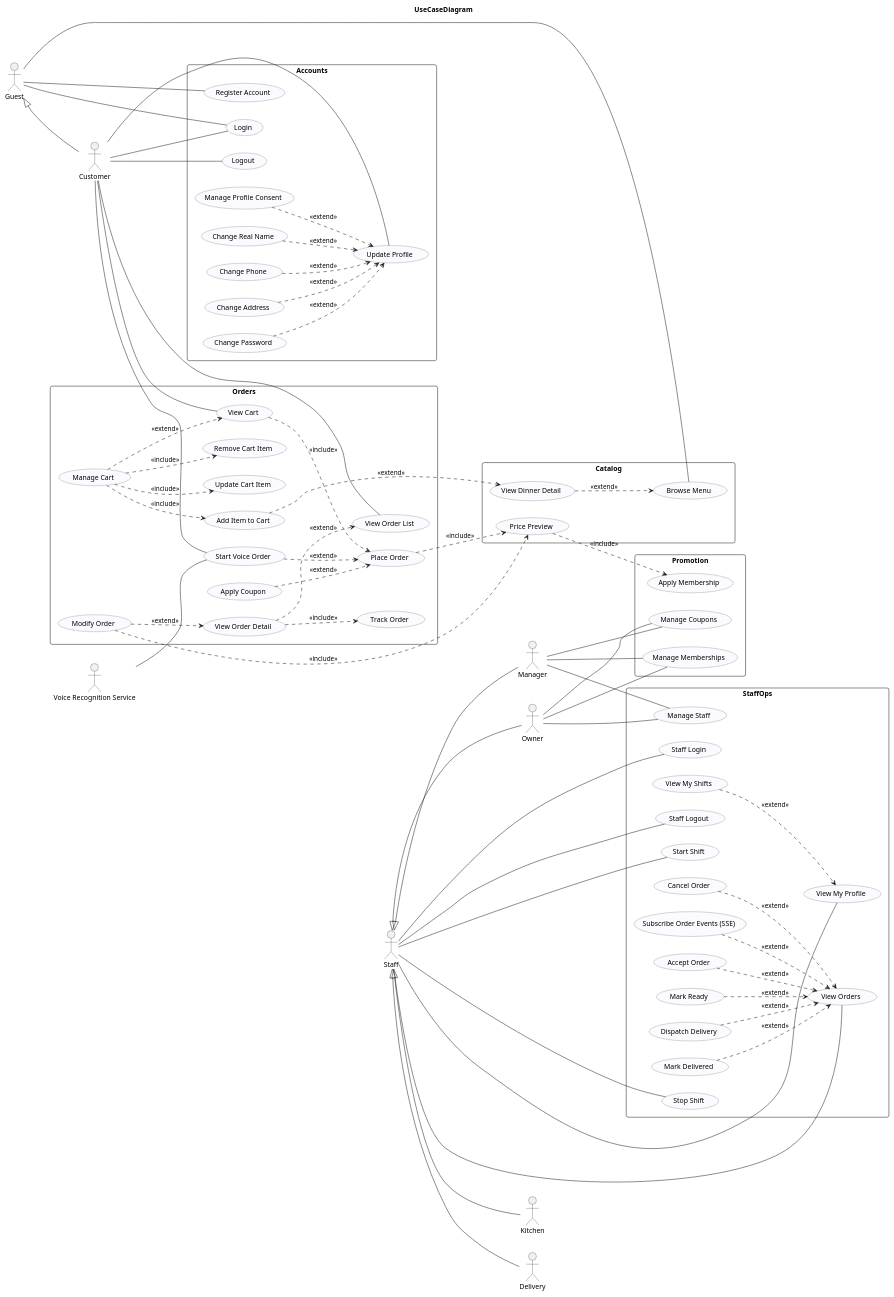
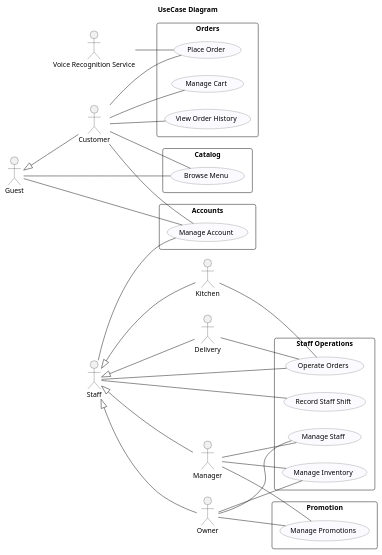
Before and after one commit to UOS-SE-DELIVERY/delivery_api: the diagram in diagrams/UseCase/useCase.puml, drawn with PlantUML. The commit also changed 44 other files, not shown here.

```diff
--- a/diagrams/UseCase/useCase.puml
+++ b/diagrams/UseCase/useCase.puml
@@ -1,184 +1,80 @@
-@startuml MrDinner_UseCases_ByApp
-title UseCaseDiagram
+@startuml MrDinner_UseCases_Simplified
+title UseCase Diagram
 left to right direction
+
 skinparam packageStyle rectangle
 skinparam roundcorner 8
 skinparam shadowing false
 skinparam usecase {
   BackgroundColor #FBFBFF
   BorderColor #555
 }
 
-' ==== Actors ====
 actor Guest
 actor Customer
 actor Staff
 actor Owner
 actor Manager
 actor Kitchen
 actor Delivery
 actor "Voice Recognition Service" as VoiceService
 
-' Generalization (solid line + hollow triangle to parent)
 Staff <|-- Owner
 Staff <|-- Manager
 Staff <|-- Kitchen
 Staff <|-- Delivery
 Guest <|-- Customer
 
-' ===================== Packages =====================
 rectangle "Accounts" as PKG_Accounts {
-  usecase "Register Account" as UC_Register
-  usecase "Login" as UC_Login
-  usecase "Logout" as UC_Logout
-
-  usecase "Update Profile" as UC_UpdateProfile
-  usecase "Manage Profile Consent" as UC_ManageConsent
-  usecase "Change Real Name" as UC_ChangeRealName
-  usecase "Change Phone" as UC_ChangePhone
-  usecase "Change Address" as UC_ChangeAddress
-  usecase "Change Password" as UC_ChangePassword
+  usecase "Manage Account" as UC_CustAccount
 }
 
 rectangle "Catalog" as PKG_Catalog {
   usecase "Browse Menu" as UC_BrowseMenu
-  usecase "View Dinner Detail" as UC_ViewDinnerDetail
-  usecase "Price Preview" as UC_PricePreview
 }
 
 rectangle "Orders" as PKG_Orders {
+  usecase "Manage Cart" as UC_ManageCart
   usecase "Place Order" as UC_PlaceOrder
-  usecase "Start Voice Order" as UC_StartVoiceOrder
-  usecase "Apply Coupon" as UC_ApplyCoupon
-
-  ' Tracking / History
-  usecase "Track Order" as UC_TrackOrder
-  usecase "View Order List" as UC_ViewOrderList
-  usecase "View Order Detail" as UC_ViewOrderDetail
-
-  ' Modify after order (pending only)
-  usecase "Modify Order" as UC_ModifyOrder
-
-  ' Cart
-  usecase "Manage Cart" as UC_ManageCart
-  usecase "View Cart" as UC_ViewCart
-  usecase "Add Item to Cart" as UC_AddCartItem
-  usecase "Update Cart Item" as UC_UpdateCartItem
-  usecase "Remove Cart Item" as UC_RemoveCartItem
+  usecase "View Order History" as UC_OrderHistory
 }
 
-rectangle "StaffOps" as PKG_Staff {
-  ' Common to all staff (inherited by child actors)
-  usecase "Staff Login" as UC_StaffLogin
-  usecase "Staff Logout" as UC_StaffLogout
-  usecase "View My Profile" as UC_StaffMe
-
-  ' Shifts
-  usecase "View My Shifts" as UC_ViewShifts
-  usecase "Start Shift" as UC_StartShift
-  usecase "Stop Shift" as UC_StopShift
-
-  ' Order operations (context: View Orders)
-  usecase "View Orders" as UC_ViewOrders
-  usecase "Accept Order" as UC_AcceptOrder
-  usecase "Mark Ready" as UC_MarkReady
-  usecase "Dispatch Delivery" as UC_Dispatch
-  usecase "Mark Delivered" as UC_MarkDelivered
-  usecase "Cancel Order" as UC_CancelOrder
-  usecase "Subscribe Order Events (SSE)" as UC_SubscribeSSE
-
-  ' Staff management
+rectangle "Staff Operations" as PKG_Staff {
+  usecase "Record Staff Shift" as UC_RecordShift
+  usecase "Operate Orders" as UC_OperateOrders
   usecase "Manage Staff" as UC_ManageStaff
+  usecase "Manage Inventory" as UC_ManageInventory
 }
 
 rectangle "Promotion" as PKG_Promo {
-  usecase "Manage Coupons" as UC_ManageCoupons
-  usecase "Manage Memberships" as UC_ManageMemberships
-  usecase "Apply Membership" as UC_ApplyMembership
+  usecase "Manage Promotions" as UC_ManagePromos
 }
 
-' ===================== Associations =====================
+Guest -- UC_CustAccount
+Guest -- UC_BrowseMenu
 
-' Guest / Customer with Catalog & Accounts
-Guest -- UC_BrowseMenu
-Guest -- UC_Register
-Guest -- UC_Login
+Customer -- UC_CustAccount
+Customer -- UC_BrowseMenu
+Customer -- UC_ManageCart
+Customer -- UC_PlaceOrder
+Customer -- UC_OrderHistory
 
-Customer -- UC_Login
-Customer -- UC_Logout
-Customer -- UC_UpdateProfile
+VoiceService -- UC_PlaceOrder
 
-' Customer with Orders
-Customer -- UC_ViewOrderList
-Customer -- UC_StartVoiceOrder
+Staff -- UC_CustAccount
+Staff -- UC_RecordShift
+Staff -- UC_OperateOrders
 
-' Customer with Cart
-Customer -- UC_ViewCart
+Owner -- UC_ManageStaff
+Manager -- UC_ManageStaff
 
-' External service
-VoiceService -- UC_StartVoiceOrder
+Owner -- UC_ManagePromos
+Manager -- UC_ManagePromos
 
-' Staff common (attach to parent; children inherit)
-Staff -- UC_ViewOrders
-Staff -- UC_StaffLogin
-Staff -- UC_StaffLogout
-Staff -- UC_StaffMe
-Staff -- UC_StartShift
-Staff -- UC_StopShift
+Owner -- UC_ManageInventory
+Manager -- UC_ManageInventory
 
-' Role-specific ops (권한은 기본 UC 연결 + extend로 표현)
-Owner -- UC_ManageStaff
-Owner -- UC_ManageCoupons
-Owner -- UC_ManageMemberships
-
-Manager -- UC_ManageStaff
-Manager -- UC_ManageCoupons
-Manager -- UC_ManageMemberships
-
-' ===================== Include / Extend (clean) =====================
-
-' Accounts: Profile 화면 내 토글/개별 필드 변경
-UC_ManageConsent ..> UC_UpdateProfile : <<extend>>
-UC_ChangeRealName ..> UC_UpdateProfile : <<extend>>
-UC_ChangePhone ..> UC_UpdateProfile   : <<extend>>
-UC_ChangeAddress ..> UC_UpdateProfile : <<extend>>
-UC_ChangePassword ..> UC_UpdateProfile: <<extend>>
-UC_ViewShifts ..> UC_StaffMe : <<extend>>
-
-' Catalog/Orders: 주문 플로우 (Price Preview는 주문에 포함)
-UC_PlaceOrder ..> UC_PricePreview : <<include>>
-UC_ApplyCoupon ..> UC_PlaceOrder  : <<extend>>
-UC_StartVoiceOrder ..> UC_PlaceOrder : <<extend>>
-' (제거 권장) UC_BrowseMenu ..> UC_PlaceOrder : <<extend>> 
-
-' Orders: Tracking/History 구성
-UC_ViewOrderDetail ..> UC_TrackOrder  : <<include>>
-UC_ViewOrderDetail ..> UC_ViewOrderList : <<extend>>
-' Modify Order (pending에서만 허용, 가격 재계산 포함)
-UC_ModifyOrder ..> UC_ViewOrderDetail : <<extend>>
-UC_ModifyOrder ..> UC_PricePreview    : <<include>>
-
-' Cart 구성 (View first → optional Manage)
-UC_ViewCart ..> UC_PlaceOrder       : <<include>>
-UC_ManageCart  ..> UC_ViewCart        : <<extend>>
-UC_ManageCart  ..> UC_AddCartItem     : <<include>>
-UC_ManageCart  ..> UC_UpdateCartItem  : <<include>>
-UC_ManageCart  ..> UC_RemoveCartItem  : <<include>>
-UC_AddCartItem ..> UC_ViewDinnerDetail : <<extend>>
-
-' Membership auto-discount는 Price Preview 단계에서 수행
-UC_PricePreview ..> UC_ApplyMembership : <<include>>
-
-' StaffOps: 상태변경/이벤트는 "View Orders" 문맥 확장
-UC_SubscribeSSE  ..> UC_ViewOrders : <<extend>>
-UC_AcceptOrder   ..> UC_ViewOrders : <<extend>>
-UC_MarkReady     ..> UC_ViewOrders : <<extend>>
-UC_Dispatch      ..> UC_ViewOrders : <<extend>>
-UC_MarkDelivered ..> UC_ViewOrders : <<extend>>
-UC_CancelOrder   ..> UC_ViewOrders : <<extend>>
-
-' Catalog 상세 열람은 브라우즈의 선택적 확장
-UC_ViewDinnerDetail ..> UC_BrowseMenu : <<extend>>
-
+Kitchen -- UC_OperateOrders
+Delivery -- UC_OperateOrders
 
 @enduml
```
